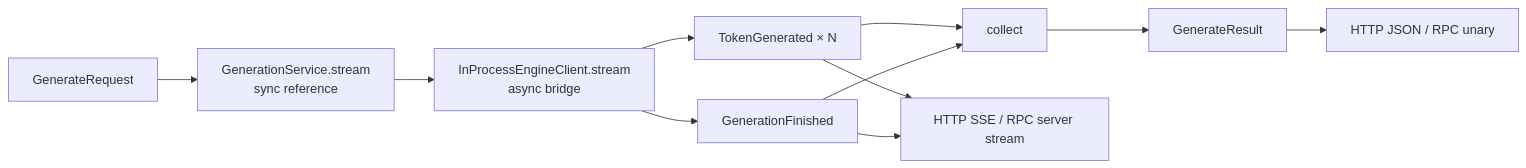
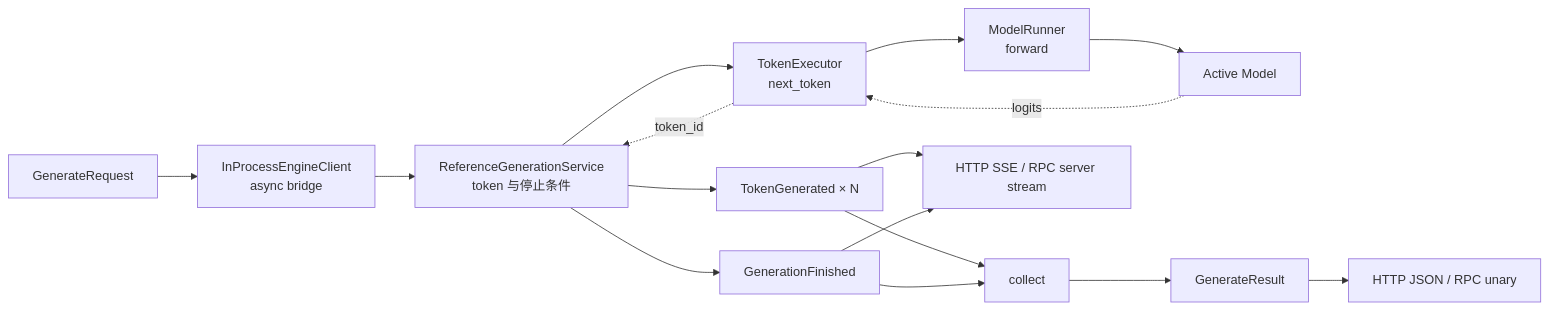
One commit to poorpaper/light-vllm changed the seventh of 10 diagrams in docs/design.md. Above: the diagram before and after it, drawn with Mermaid. The commit also changed other lines of this file and 39 other files, not shown here.

````diff
--- a/docs/design.md
+++ b/docs/design.md
@@ -277,13 +268,18 @@
 ```mermaid
 flowchart LR
-    Request["GenerateRequest"] --> SyncStream["GenerationService.stream<br/>sync reference"]
-    SyncStream --> Local["InProcessEngineClient.stream<br/>async bridge"]
-    Local --> Token["TokenGenerated × N"]
-    Local --> Done["GenerationFinished"]
+    Request["GenerateRequest"] --> Local["InProcessEngineClient<br/>async bridge"]
+    Local --> SyncStream["ReferenceGenerationService<br/>token 与停止条件"]
+    SyncStream --> Executor["TokenExecutor<br/>next_token"]
+    Executor --> Runner["ModelRunner<br/>forward"]
+    Runner --> Model["Active Model"]
+    Model -.logits.-> Executor
+    Executor -.token_id.-> SyncStream
+    SyncStream --> Token["TokenGenerated × N"]
+    SyncStream --> Done["GenerationFinished"]
     Token --> Collect["collect"]
     Done --> Collect
     Collect --> Result["GenerateResult"]
     Result --> JSON["HTTP JSON / RPC unary"]
     Token --> WireStream["HTTP SSE / RPC server stream"]
     Done --> WireStream
 ```
````
